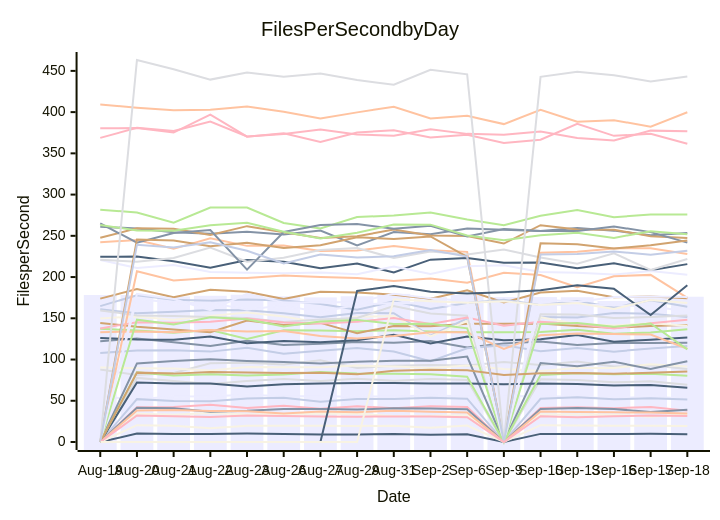
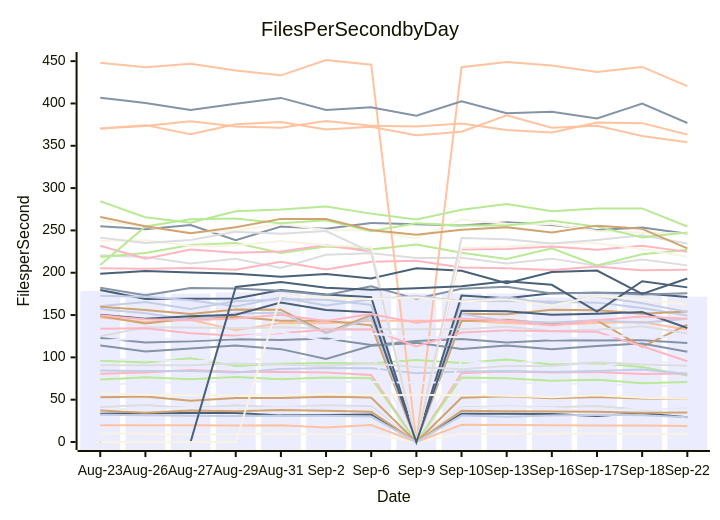
The diagram in perf-report.md (streetsidesoftware/cspell), drawn with Mermaid before and after one commit. The commit also changed other lines of this file and 1 other file, not shown here.

````diff
--- a/perf-report.md
+++ b/perf-report.md
@@ -10,56 +10,56 @@
 ```mermaid
 xychart-beta
     title Files Per Second by Day
     y-axis Files per Second
-    x-axis Date [Aug-19, Aug-20, Aug-21, Aug-22, Aug-23, Aug-26, Aug-27, Aug-29, Aug-31, Sep-2, Sep-6, Sep-9, Sep-10, Sep-13, Sep-16, Sep-17, Sep-18]
-    bar [178.25, 178.21, 176.48, 177.31, 178.59, 176.65, 175.34, 176.71, 179.62, 175.68, 178.38, 175.73, 175.70, 175.56, 170.99, 174.42, 176.15]
-    line [122.05, 125.45, 120.85, 116.37, 122.78, 117.70, 119.12, 121.35, 120.42, 122.42, 114.54, 119.33, 121.78, 117.69, 120.09, 120.05, 120.31]
-    line [242.22, 244.96, 234.22, 246.89, 237.83, 238.28, 231.51, 232.29, 237.57, 232.38, 230.54, 0.00, 229.61, 230.62, 234.72, 234.92, 228.04]
-    line [87.97, 81.21, 83.61, 95.38, 96.21, 93.90, 98.97, 89.73, 92.49, 93.42, 92.85, 96.99, 93.46, 97.52, 91.70, 93.14, 88.50]
-    line [137.39, 135.24, 132.55, 135.80, 124.86, 135.53, 135.15, 134.28, 135.44, 134.10, 133.16, 133.12, 133.37, 136.08, 131.30, 132.64, 136.81]
-    line [144.42, 139.84, 136.44, 133.06, 147.23, 141.82, 144.43, 131.99, 140.70, 140.40, 143.33, 143.38, 143.55, 140.59, 138.57, 140.62, 141.72]
-    line [160.96, 156.07, 157.97, 160.09, 159.80, 156.02, 151.31, 156.46, 156.20, 128.81, 149.88, 0.00, 151.49, 151.06, 156.36, 155.63, 151.63]
-    line [368.74, 381.05, 377.05, 388.53, 370.41, 373.49, 378.95, 372.79, 371.32, 379.20, 373.63, 372.65, 376.36, 368.52, 365.71, 377.56, 376.77]
-    line [224.66, 224.81, 219.16, 211.20, 220.63, 218.66, 210.78, 216.53, 205.56, 221.13, 223.08, 217.30, 217.60, 210.80, 216.66, 208.33, 215.69]
-    line [149.78, 152.30, 148.37, 152.77, 157.05, 152.12, 144.60, 151.74, 152.77, 128.16, 146.70, 0.00, 151.25, 142.95, 141.14, 143.95, 140.92]
-    line [220.70, 210.90, 214.69, 206.22, 205.16, 204.73, 205.50, 203.46, 212.85, 203.78, 213.00, 214.26, 206.28, 205.22, 203.09, 207.23, 202.88]
-    line [261.07, 258.95, 254.28, 252.45, 254.96, 251.52, 256.47, 238.41, 254.64, 251.96, 258.89, 257.30, 255.86, 259.52, 256.30, 250.62, 253.31]
-    line [409.21, 405.37, 402.28, 402.99, 406.75, 400.52, 392.20, 399.70, 406.57, 392.41, 395.48, 385.49, 402.68, 388.38, 390.24, 382.26, 399.81]
-    line [220.96, 218.62, 223.21, 235.78, 218.52, 223.39, 232.83, 235.11, 223.20, 230.93, 227.50, 233.38, 223.69, 216.25, 228.77, 208.66, 221.89]
-    line [281.73, 278.23, 265.94, 284.38, 284.39, 265.58, 259.03, 272.73, 274.59, 278.30, 269.85, 262.88, 274.40, 281.31, 272.54, 275.91, 275.97]
-    line [247.59, 259.11, 258.43, 251.09, 261.73, 254.45, 247.25, 249.51, 257.53, 250.46, 249.77, 240.66, 262.89, 257.78, 257.49, 249.43, 247.25]
-    line [108.01, 110.94, 111.36, 109.59, 114.15, 106.99, 110.60, 113.93, 109.73, 98.03, 113.59, 117.23, 110.00, 114.04, 109.51, 113.51, 116.46]
-    line [380.47, 380.68, 375.26, 397.02, 370.26, 374.39, 363.66, 375.36, 378.12, 369.19, 372.46, 362.58, 366.57, 385.92, 371.23, 373.66, 361.57]
-    line [126.16, 124.30, 123.93, 127.92, 119.73, 122.40, 121.04, 123.38, 130.04, 119.32, 127.89, 123.29, 124.49, 129.64, 121.66, 124.08, 126.72]
-    line [90.42, 89.47, 89.22, 86.73, 90.81, 90.69, 90.61, 92.79, 91.57, 89.68, 92.88, 88.59, 86.05, 89.85, 89.86, 94.27, 91.54]
-    line [55.01, 51.81, 55.08, 55.43, 57.37, 55.42, 55.44, 54.92, 55.19, 56.79, 55.22, 55.40, 55.63, 54.54, 52.86, 55.21, 52.35]
-    line [265.11, 241.69, 253.34, 256.92, 209.05, 254.71, 263.18, 264.22, 258.50, 262.12, 249.11, 258.37, 255.88, 255.75, 261.30, 254.48, 241.79]
-    line [133.22, 133.90, 133.21, 135.84, 133.85, 134.48, 128.45, 125.51, 128.57, 133.06, 133.03, 112.77, 129.44, 131.63, 130.97, 130.22, 113.06]
-    line [159.59, 153.49, 152.84, 151.42, 150.33, 145.56, 148.61, 150.44, 164.92, 155.92, 153.19, 0.00, 155.03, 154.46, 150.27, 151.44, 153.53]
-    line [263.14, 256.57, 256.22, 262.68, 265.85, 254.87, 246.75, 253.70, 263.63, 263.57, 250.38, 244.75, 250.69, 253.77, 247.48, 255.65, 251.83]
-    line [173.87, 185.52, 175.53, 184.67, 182.24, 173.51, 182.05, 181.30, 178.67, 173.82, 183.91, 169.15, 181.18, 183.51, 175.60, 176.44, 174.39]
-    line [164.73, 177.91, 172.41, 171.41, 172.78, 171.71, 167.41, 160.25, 170.61, 161.33, 168.54, 172.61, 166.17, 170.88, 163.08, 171.82, 163.97]
-    line [137.75, 145.27, 144.73, 145.80, 149.65, 145.04, 143.72, 145.86, 150.29, 143.06, 151.08, 140.90, 145.94, 143.19, 137.67, 143.95, 148.30]
-    line [0.00, 10.21, 9.57, 9.67, 10.21, 9.79, 8.96, 9.05, 9.81, 8.92, 9.30, 0.00, 9.85, 9.67, 9.68, 9.92, 9.37]
-    line [0.00, 34.29, 33.06, 35.20, 33.44, 33.88, 34.28, 34.29, 31.46, 31.96, 32.39, 0.00, 33.27, 33.48, 33.18, 30.65, 34.02]
-    line [0.00, 174.12, 168.12, 168.81, 160.53, 165.45, 157.28, 166.29, 168.59, 168.11, 162.00, 0.00, 166.81, 166.56, 165.69, 164.68, 158.25]
-    line [0.00, 95.31, 98.34, 100.20, 98.20, 97.14, 95.15, 97.31, 98.42, 98.44, 103.61, 0.00, 95.82, 91.96, 97.25, 88.47, 97.89]
-    line [0.00, 206.95, 195.89, 198.81, 198.92, 201.94, 200.15, 198.85, 195.27, 198.37, 193.18, 205.21, 202.42, 187.59, 200.94, 202.64, 174.86]
-    line [0.00, 77.72, 74.04, 70.35, 73.82, 76.46, 74.01, 76.69, 74.15, 76.26, 75.33, 0.00, 76.18, 75.30, 72.34, 73.59, 69.54]
-    line [0.00, 148.33, 142.38, 151.12, 148.79, 140.03, 146.17, 148.08, 143.16, 143.31, 137.86, 0.00, 143.10, 144.41, 139.70, 143.74, 112.39]
-    line [0.00, 245.63, 244.19, 237.32, 241.48, 235.19, 238.66, 248.28, 246.15, 249.29, 224.39, 0.00, 241.04, 239.64, 234.60, 238.64, 244.36]
-    line [0.00, 51.98, 49.75, 49.50, 52.81, 53.66, 48.74, 52.00, 52.00, 53.54, 52.52, 0.00, 52.32, 54.12, 51.77, 53.09, 51.40]
-    line [0.00, 42.21, 42.40, 45.26, 41.26, 43.81, 40.27, 43.32, 41.01, 43.29, 42.33, 0.00, 41.15, 42.24, 41.01, 42.53, 38.05]
-    line [0.00, 72.13, 70.80, 70.95, 67.44, 70.02, 70.97, 71.48, 71.44, 71.07, 70.80, 70.10, 70.83, 70.27, 68.51, 69.01, 65.91]
-    line [0.00, 20.37, 19.78, 16.65, 19.78, 19.77, 19.75, 19.38, 19.78, 17.23, 19.98, 0.00, 20.38, 20.10, 19.75, 19.58, 19.44]
-    line [0.00, 179.55, 173.37, 159.94, 179.71, 169.02, 169.12, 169.70, 179.72, 174.42, 171.06, 0.00, 173.10, 169.76, 175.73, 176.36, 175.75]
-    line [0.00, 41.64, 40.90, 36.56, 37.81, 40.07, 40.16, 39.52, 40.88, 40.72, 39.85, 0.00, 39.94, 41.26, 40.08, 36.34, 39.18]
-    line [0.00, 38.14, 38.85, 37.70, 37.19, 34.46, 37.13, 36.19, 37.79, 36.83, 35.85, 0.00, 37.06, 36.42, 35.98, 35.70, 34.54]
-    line [0.00, 463.20, 452.00, 439.43, 448.11, 442.87, 446.82, 438.90, 433.22, 451.36, 445.82, 0.00, 442.79, 448.98, 444.77, 437.29, 443.15]
-    line [0.00, 84.39, 80.69, 82.01, 80.62, 81.99, 84.93, 82.93, 82.69, 82.19, 79.19, 0.00, 81.30, 83.34, 82.19, 82.78, 80.29]
-    line [0.00, 84.11, 82.91, 84.94, 84.37, 83.76, 83.84, 82.02, 86.32, 87.46, 87.14, 81.35, 83.34, 83.78, 82.79, 83.96, 85.57]
-    line [0.00, 239.03, 235.84, 242.13, 231.92, 216.52, 227.39, 223.72, 225.22, 232.84, 224.81, 0.00, 227.34, 228.09, 230.87, 227.16, 231.88]
-    line [0.00, 32.06, 31.30, 30.41, 32.21, 31.61, 31.00, 30.67, 31.04, 30.96, 30.04, 0.00, 31.22, 29.93, 31.17, 32.23, 31.60]
-    line [0.00, 0.00, 0.00, 0.00, 0.00, 0.00, 0.00, 183.14, 189.02, 182.17, 179.93, 181.55, 184.12, 189.95, 185.74, 153.97, 189.99]
-    line [0.00, 0.00, 0.00, 0.00, 0.00, 0.00, 0.00, 0.00, 172.99, 170.71, 168.98, 170.63, 166.15, 168.68, 161.23, 172.09, 168.48]
+    x-axis Date [Aug-23, Aug-26, Aug-27, Aug-29, Aug-31, Sep-2, Sep-6, Sep-9, Sep-10, Sep-13, Sep-16, Sep-17, Sep-18, Sep-22]
+    bar [178.59, 176.65, 175.34, 176.71, 179.62, 175.68, 178.38, 175.73, 175.70, 175.56, 170.99, 174.42, 176.15, 171.72]
+    line [122.78, 117.70, 119.12, 121.35, 120.42, 122.42, 114.54, 119.33, 121.78, 117.69, 120.09, 120.05, 120.31, 117.01]
+    line [147.23, 141.82, 144.43, 131.99, 140.70, 140.40, 143.33, 143.38, 143.55, 140.59, 138.57, 140.62, 141.72, 132.74]
+    line [41.26, 43.81, 40.27, 43.32, 41.01, 43.29, 42.33, 0.00, 41.15, 42.24, 41.01, 42.53, 38.05, 39.44]
+    line [96.21, 93.90, 98.97, 89.73, 92.49, 93.42, 92.85, 96.99, 93.46, 97.52, 91.70, 93.14, 88.50, 78.69]
+    line [148.79, 140.03, 146.17, 148.08, 143.16, 143.31, 137.86, 0.00, 143.10, 144.41, 139.70, 143.74, 112.39, 138.64]
+    line [160.53, 165.45, 157.28, 166.29, 168.59, 168.11, 162.00, 0.00, 166.81, 166.56, 165.69, 164.68, 158.25, 149.56]
+    line [80.62, 81.99, 84.93, 82.93, 82.69, 82.19, 79.19, 0.00, 81.30, 83.34, 82.19, 82.78, 80.29, 80.94]
+    line [33.44, 33.88, 34.28, 34.29, 31.46, 31.96, 32.39, 0.00, 33.27, 33.48, 33.18, 30.65, 34.02, 29.20]
+    line [10.21, 9.79, 8.96, 9.05, 9.81, 8.92, 9.30, 0.00, 9.85, 9.67, 9.68, 9.92, 9.37, 9.45]
+    line [37.81, 40.07, 40.16, 39.52, 40.88, 40.72, 39.85, 0.00, 39.94, 41.26, 40.08, 36.34, 39.18, 38.49]
+    line [254.96, 251.52, 256.47, 238.41, 254.64, 251.96, 258.89, 257.30, 255.86, 259.52, 256.30, 250.62, 253.31, 246.02]
+    line [19.78, 19.77, 19.75, 19.38, 19.78, 17.23, 19.98, 0.00, 20.38, 20.10, 19.75, 19.58, 19.44, 18.94]
+    line [220.63, 218.66, 210.78, 216.53, 205.56, 221.13, 223.08, 217.30, 217.60, 210.80, 216.66, 208.33, 215.69, 208.69]
+    line [218.52, 223.39, 232.83, 235.11, 223.20, 230.93, 227.50, 233.38, 223.69, 216.25, 228.77, 208.66, 221.89, 227.29]
+    line [37.19, 34.46, 37.13, 36.19, 37.79, 36.83, 35.85, 0.00, 37.06, 36.42, 35.98, 35.70, 34.54, 34.73]
+    line [84.37, 83.76, 83.84, 82.02, 86.32, 87.46, 87.14, 81.35, 83.34, 83.78, 82.79, 83.96, 85.57, 80.38]
+    line [205.16, 204.73, 205.50, 203.46, 212.85, 203.78, 213.00, 214.26, 206.28, 205.22, 203.09, 207.23, 202.88, 203.51]
+    line [179.71, 169.02, 169.12, 169.70, 179.72, 174.42, 171.06, 0.00, 173.10, 169.76, 175.73, 176.36, 175.75, 171.28]
+    line [261.73, 254.45, 247.25, 249.51, 257.53, 250.46, 249.77, 240.66, 262.89, 257.78, 257.49, 249.43, 247.25, 246.32]
+    line [98.20, 97.14, 95.15, 97.31, 98.42, 98.44, 103.61, 0.00, 95.82, 91.96, 97.25, 88.47, 97.89, 90.83]
+    line [182.24, 173.51, 182.05, 181.30, 178.67, 173.82, 183.91, 169.15, 181.18, 183.51, 175.60, 176.44, 174.39, 175.87]
+    line [448.11, 442.87, 446.82, 438.90, 433.22, 451.36, 445.82, 0.00, 442.79, 448.98, 444.77, 437.29, 443.15, 420.51]
+    line [124.86, 135.53, 135.15, 134.28, 135.44, 134.10, 133.16, 133.12, 133.37, 136.08, 131.30, 132.64, 136.81, 128.23]
+    line [73.82, 76.46, 74.01, 76.69, 74.15, 76.26, 75.33, 0.00, 76.18, 75.30, 72.34, 73.59, 69.54, 70.95]
+    line [159.80, 156.02, 151.31, 156.46, 156.20, 128.81, 149.88, 0.00, 151.49, 151.06, 156.36, 155.63, 151.63, 154.30]
+    line [157.05, 152.12, 144.60, 151.74, 152.77, 128.16, 146.70, 0.00, 151.25, 142.95, 141.14, 143.95, 140.92, 145.68]
+    line [231.92, 216.52, 227.39, 223.72, 225.22, 232.84, 224.81, 0.00, 227.34, 228.09, 230.87, 227.16, 231.88, 224.64]
+    line [198.92, 201.94, 200.15, 198.85, 195.27, 198.37, 193.18, 205.21, 202.42, 187.59, 200.94, 202.64, 174.86, 193.22]
+    line [237.83, 238.28, 231.51, 232.29, 237.57, 232.38, 230.54, 0.00, 229.61, 230.62, 234.72, 234.92, 228.04, 218.86]
+    line [67.44, 70.02, 70.97, 71.48, 71.44, 71.07, 70.80, 70.10, 70.83, 70.27, 68.51, 69.01, 65.91, 66.71]
+    line [114.15, 106.99, 110.60, 113.93, 109.73, 98.03, 113.59, 117.23, 110.00, 114.04, 109.51, 113.51, 116.46, 106.67]
+    line [370.41, 373.49, 378.95, 372.79, 371.32, 379.20, 373.63, 372.65, 376.36, 368.52, 365.71, 377.56, 376.77, 363.28]
+    line [241.48, 235.19, 238.66, 248.28, 246.15, 249.29, 224.39, 0.00, 241.04, 239.64, 234.60, 238.64, 244.36, 234.46]
+    line [284.39, 265.58, 259.03, 272.73, 274.59, 278.30, 269.85, 262.88, 274.40, 281.31, 272.54, 275.91, 275.97, 254.61]
+    line [52.81, 53.66, 48.74, 52.00, 52.00, 53.54, 52.52, 0.00, 52.32, 54.12, 51.77, 53.09, 51.40, 51.00]
+    line [32.21, 31.61, 31.00, 30.67, 31.04, 30.96, 30.04, 0.00, 31.22, 29.93, 31.17, 32.23, 31.60, 29.30]
+    line [133.85, 134.48, 128.45, 125.51, 128.57, 133.06, 133.03, 112.77, 129.44, 131.63, 130.97, 130.22, 113.06, 95.42]
+    line [150.33, 145.56, 148.61, 150.44, 164.92, 155.92, 153.19, 0.00, 155.03, 154.46, 150.27, 151.44, 153.53, 134.71]
+    line [57.37, 55.42, 55.44, 54.92, 55.19, 56.79, 55.22, 55.40, 55.63, 54.54, 52.86, 55.21, 52.35, 51.19]
+    line [119.73, 122.40, 121.04, 123.38, 130.04, 119.32, 127.89, 123.29, 124.49, 129.64, 121.66, 124.08, 126.72, 120.51]
+    line [406.75, 400.52, 392.20, 399.70, 406.57, 392.41, 395.48, 385.49, 402.68, 388.38, 390.24, 382.26, 399.81, 376.97]
+    line [370.26, 374.39, 363.66, 375.36, 378.12, 369.19, 372.46, 362.58, 366.57, 385.92, 371.23, 373.66, 361.57, 354.08]
+    line [90.81, 90.69, 90.61, 92.79, 91.57, 89.68, 92.88, 88.59, 86.05, 89.85, 89.86, 94.27, 91.54, 89.99]
+    line [209.05, 254.71, 263.18, 264.22, 258.50, 262.12, 249.11, 258.37, 255.88, 255.75, 261.30, 254.48, 241.79, 247.69]
+    line [265.85, 254.87, 246.75, 253.70, 263.63, 263.57, 250.38, 244.75, 250.69, 253.77, 247.48, 255.65, 251.83, 228.79]
+    line [172.78, 171.71, 167.41, 160.25, 170.61, 161.33, 168.54, 172.61, 166.17, 170.88, 163.08, 171.82, 163.97, 153.74]
+    line [149.65, 145.04, 143.72, 145.86, 150.29, 143.06, 151.08, 140.90, 145.94, 143.19, 137.67, 143.95, 148.30, 145.55]
+    line [0.00, 0.00, 0.00, 183.14, 189.02, 182.17, 179.93, 181.55, 184.12, 189.95, 185.74, 153.97, 189.99, 182.71]
+    line [0.00, 0.00, 0.00, 0.00, 172.99, 170.71, 168.98, 170.63, 166.15, 168.68, 161.23, 172.09, 168.48, 162.45]
 ```
````
